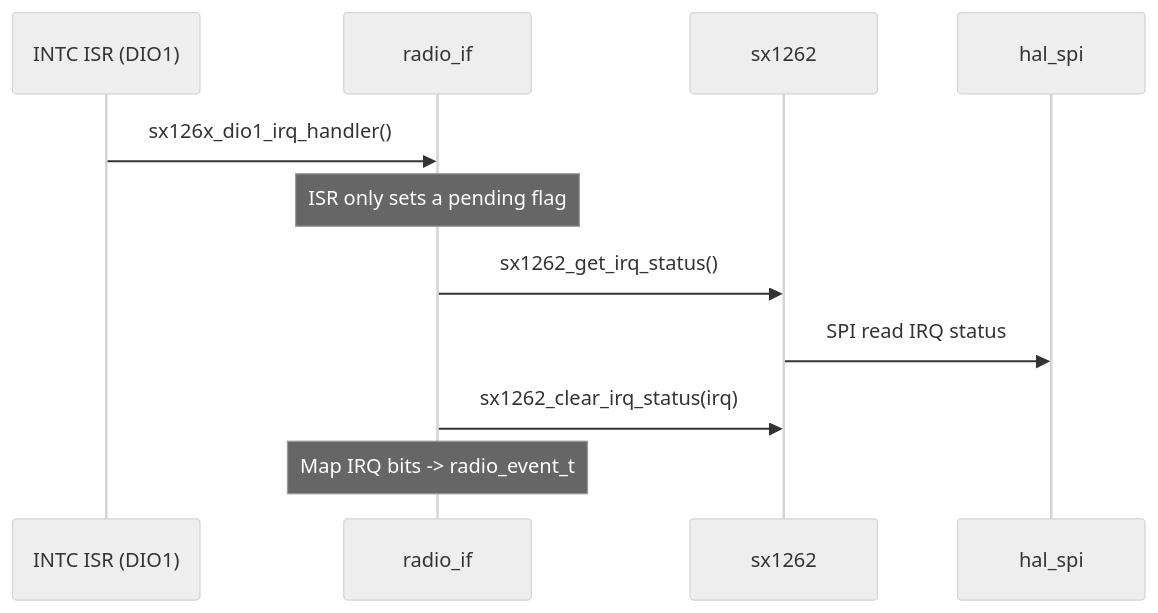
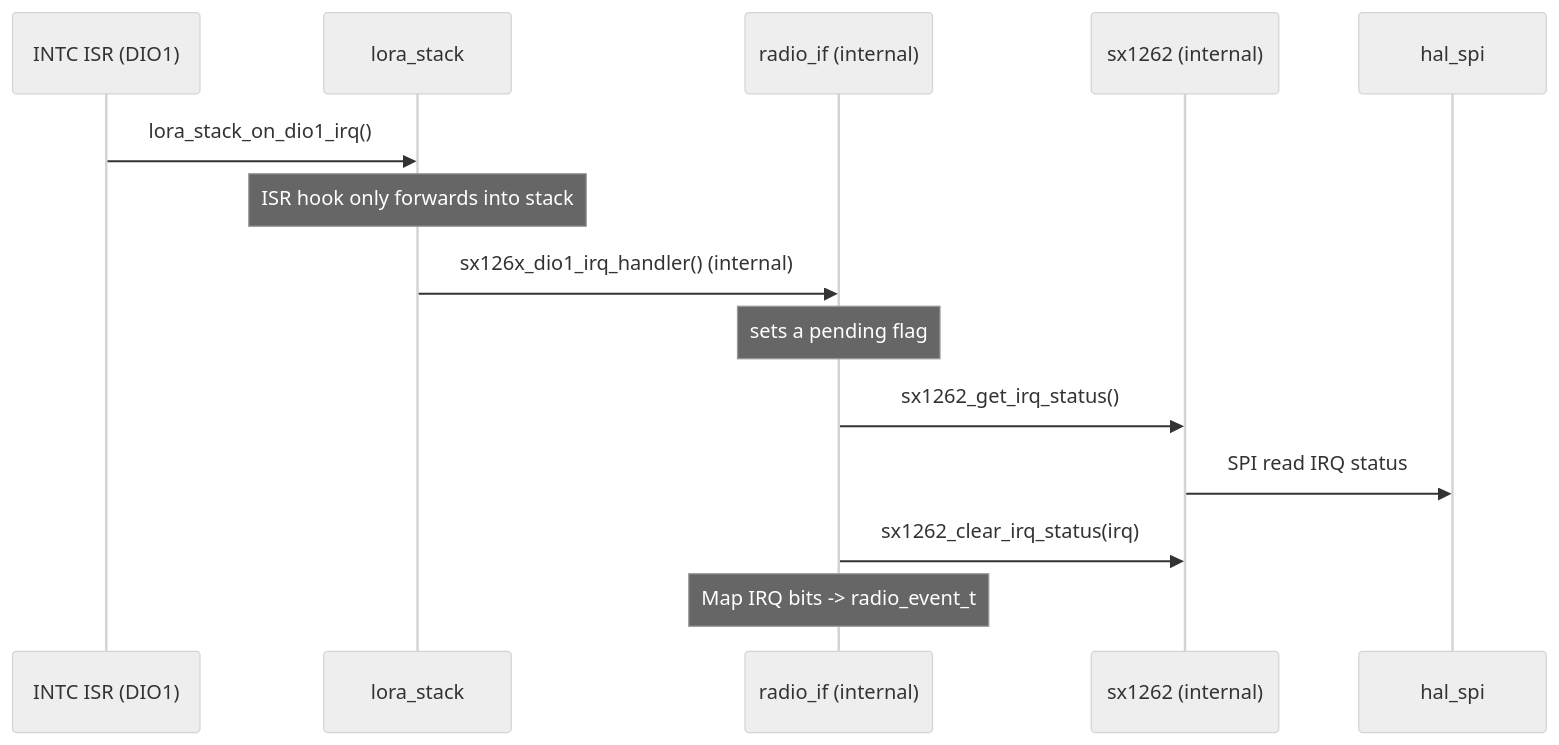
The fourth of 8 diagrams in EMIC_LORA_PROTOCOL/docs/layer_call_flow.md (vuvantruong120896/emic_lora_protocol), drawn with Mermaid (neutral theme) before and after one commit. The commit also changed other lines of this file and 79 other files, not shown here.

````diff
--- a/EMIC_LORA_PROTOCOL/docs/layer_call_flow.md
+++ b/EMIC_LORA_PROTOCOL/docs/layer_call_flow.md
@@ -195,15 +229,18 @@
 ```mermaid
 sequenceDiagram
   participant ISR as INTC ISR (DIO1)
-  participant RADIO as radio_if
-  participant SX as sx1262
+  participant STACK as lora_stack
+  participant RADIO as radio_if (internal)
+  participant SX as sx1262 (internal)
   participant SPI as hal_spi
 
-  ISR->>RADIO: sx126x_dio1_irq_handler()
-  Note over RADIO: ISR only sets a pending flag
+  ISR->>STACK: lora_stack_on_dio1_irq()
+  Note over STACK: ISR hook only forwards into stack
+  STACK->>RADIO: sx126x_dio1_irq_handler() (internal)
+  Note over RADIO: sets a pending flag
 
   RADIO->>SX: sx1262_get_irq_status()
   SX->>SPI: SPI read IRQ status
   RADIO->>SX: sx1262_clear_irq_status(irq)
   Note over RADIO: Map IRQ bits -> radio_event_t
 ```
````
